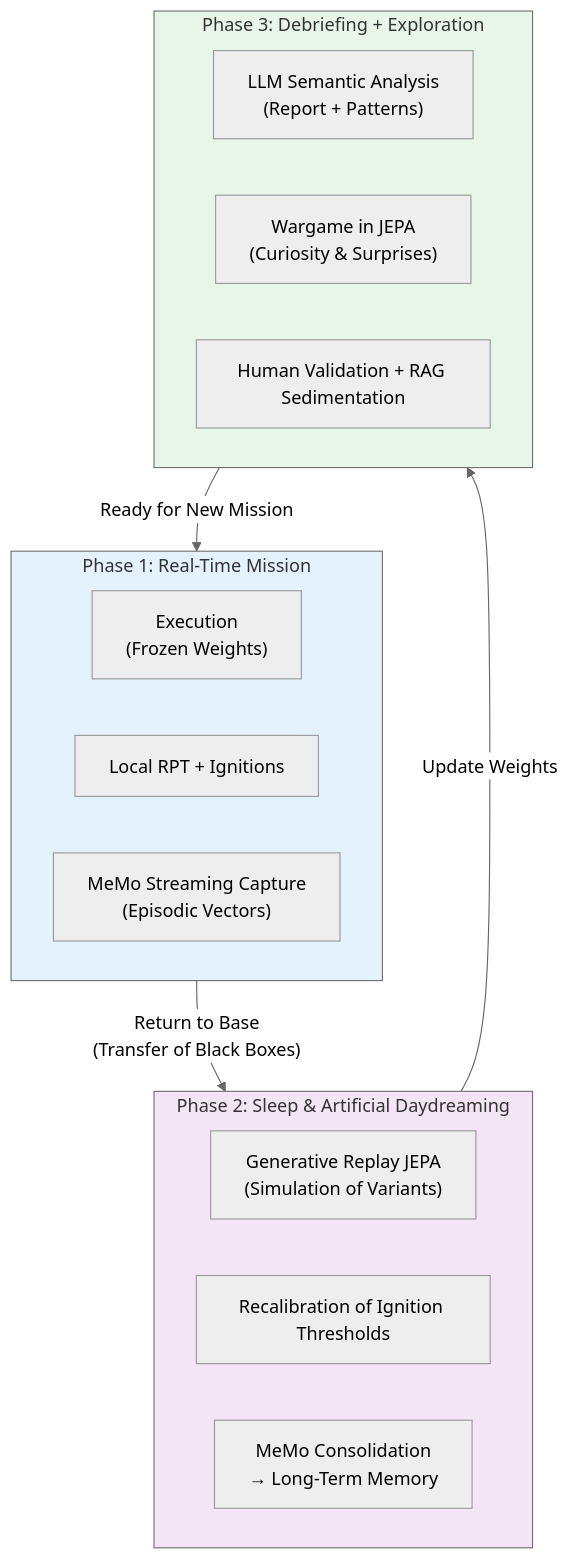
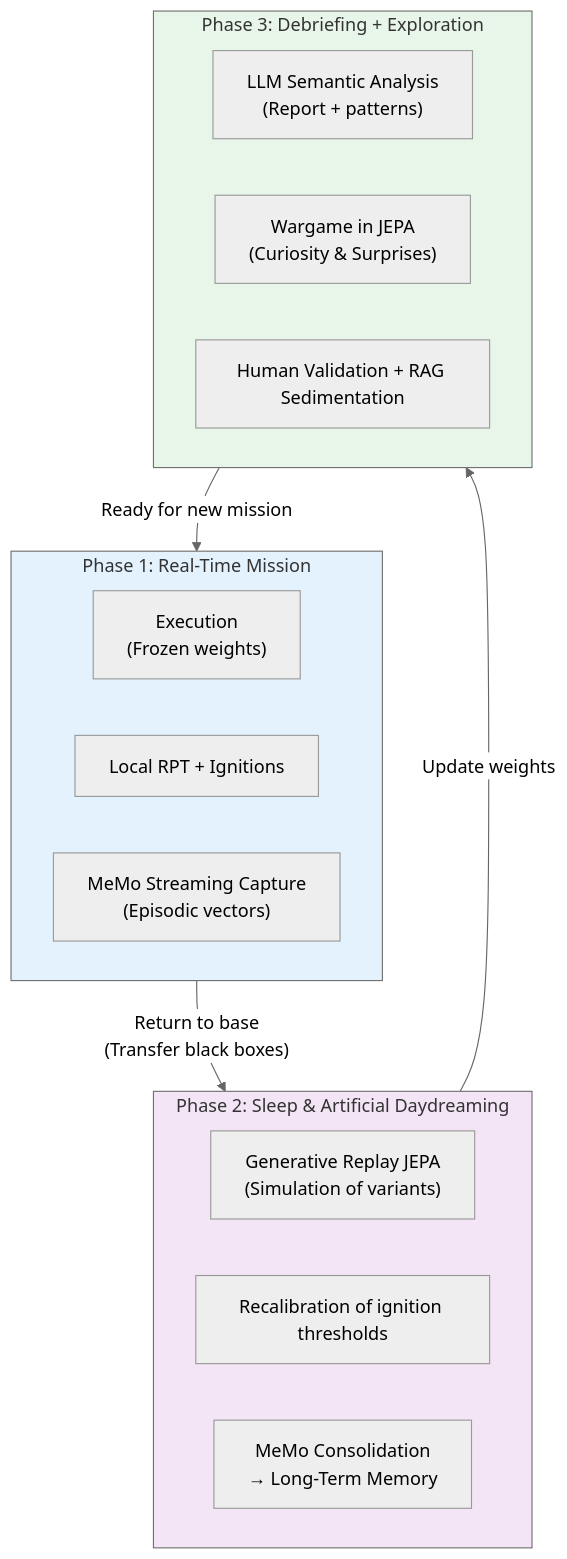
The second of 2 diagrams in mvp/mvp.md (AlainCo/GNWT-Garrigue-X-en), drawn with Mermaid (neutral theme) before and after one commit. The commit also changed other lines of this file and 20 other files, not shown here.

````diff
--- a/mvp/mvp.md
+++ b/mvp/mvp.md
@@ -86,33 +87,33 @@
 ```mermaid
 flowchart TD
     subgraph Phase1 ["Phase 1: Real-Time Mission"]
-        A["Execution\n(Frozen Weights)"]
+        A["Execution\n(Frozen weights)"]
         B["Local RPT + Ignitions"]
-        C["MeMo Streaming Capture\n(Episodic Vectors)"]
+        C["MeMo Streaming Capture\n(Episodic vectors)"]
     end
 
-    Phase1 -->|"Return to Base\n(Transfer of Black Boxes)"| Phase2
+    Phase1 -->|"Return to base\n(Transfer black boxes)"| Phase2
 
     subgraph Phase2 ["Phase 2: Sleep & Artificial Daydreaming"]
-        D["Generative Replay JEPA\n(Simulation of Variants)"]
-        E["Recalibration of Ignition Thresholds"]
+        D["Generative Replay JEPA\n(Simulation of variants)"]
+        E["Recalibration of ignition thresholds"]
         F["MeMo Consolidation\n→ Long-Term Memory"]
     end
 
-    Phase2 -->|"Update Weights"| Phase3
+    Phase2 -->|"Update weights"| Phase3
 
     subgraph Phase3 ["Phase 3: Debriefing + Exploration"]
-        G["LLM Semantic Analysis\n(Report + Patterns)"]
+        G["LLM Semantic Analysis\n(Report + patterns)"]
         H["Wargame in JEPA\n(Curiosity & Surprises)"]
         I["Human Validation + RAG Sedimentation"]
     end
 
-    Phase3 -->|"Ready for New Mission"| Phase1
+    Phase3 -->|"Ready for new mission"| Phase1
 
     classDef mission fill:#e3f2fd
     classDef sommeil fill:#f3e5f5
     classDef debrief fill:#e8f5e9
     class Phase1 mission
     class Phase2 sommeil
     class Phase3 debrief
 ```
````
